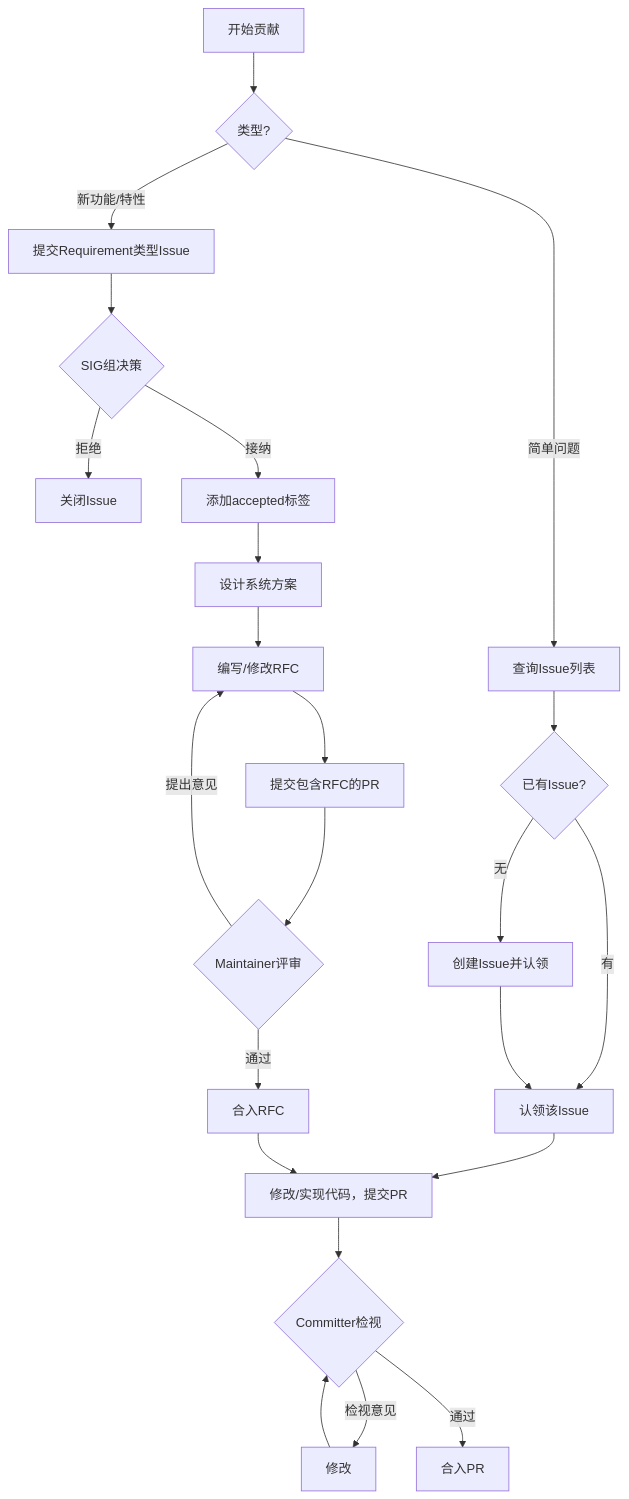
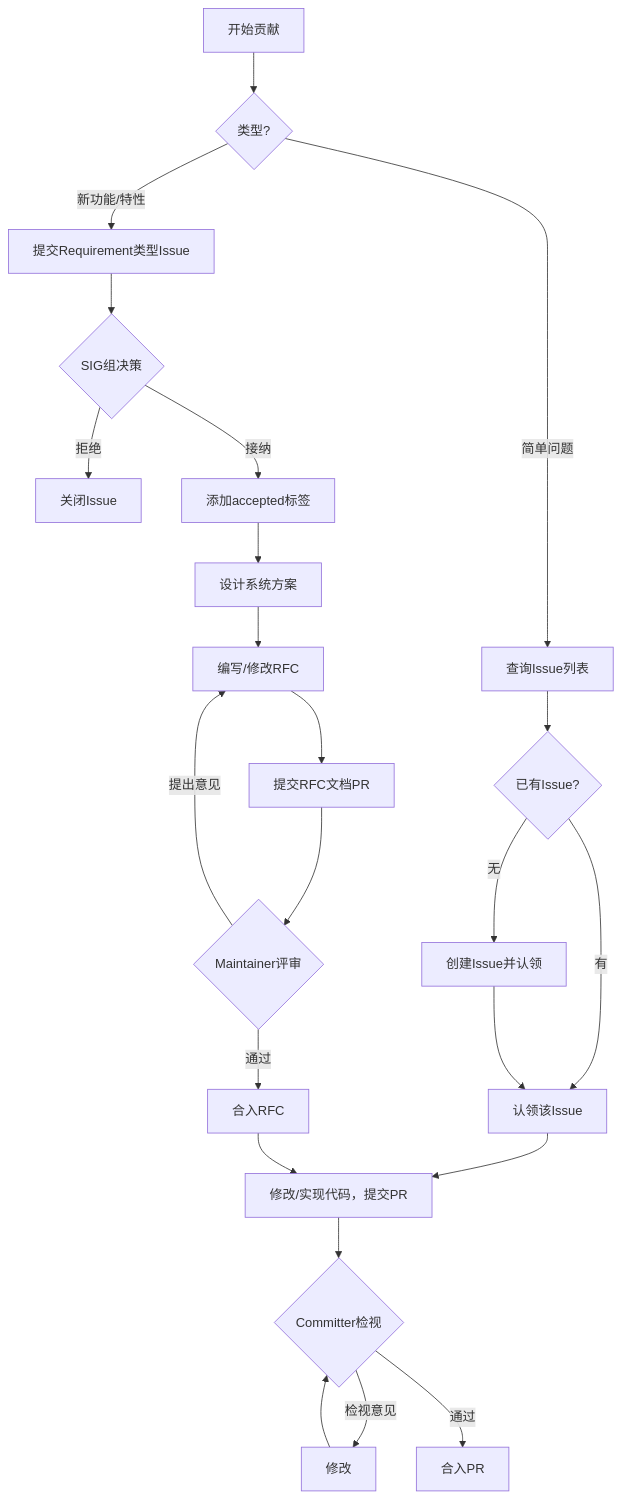
Before and after one commit to 10wvw01/hccl: the diagram in CONTRIBUTING.md, drawn with Mermaid. The commit also changed other lines of this file and 2 other files, not shown here.

````diff
--- a/CONTRIBUTING.md
+++ b/CONTRIBUTING.md
@@ -44,28 +44,28 @@
 ```mermaid
 flowchart TD
     A1[开始贡献] --> A2{类型?}
     A2 -->|简单问题| A3[查询Issue列表]
     A2 -->|新功能/特性| A4[提交Requirement类型Issue]
 
     A3 --> A5{已有Issue?}
     A5 -->|有| A6[认领该Issue]
     A5 -->|无| A7[创建Issue并认领]
     A7 --> A6
     A6 --> A19
 
     A4 --> A10{SIG组决策}
     A10 -->|拒绝| A11[关闭Issue]
     A10 -->|接纳| A12[添加accepted标签]
     A12 --> A13[设计系统方案]
     A13 --> A14[编写/修改RFC]
-    A14 --> A15[提交包含RFC的PR]
+    A14 --> A15[提交RFC文档PR]
     A15 --> A16{Maintainer评审}
     A16 -->|提出意见| A14
     A16 -->|通过| A17[合入RFC]
     A17 --> A19[修改/实现代码，提交PR]
 
     A19 --> A20{Committer检视}
     A20 -->|检视意见| A21[修改]
     A21 --> A20
     A20 -->|通过| A24[合入PR]
 ```
````
